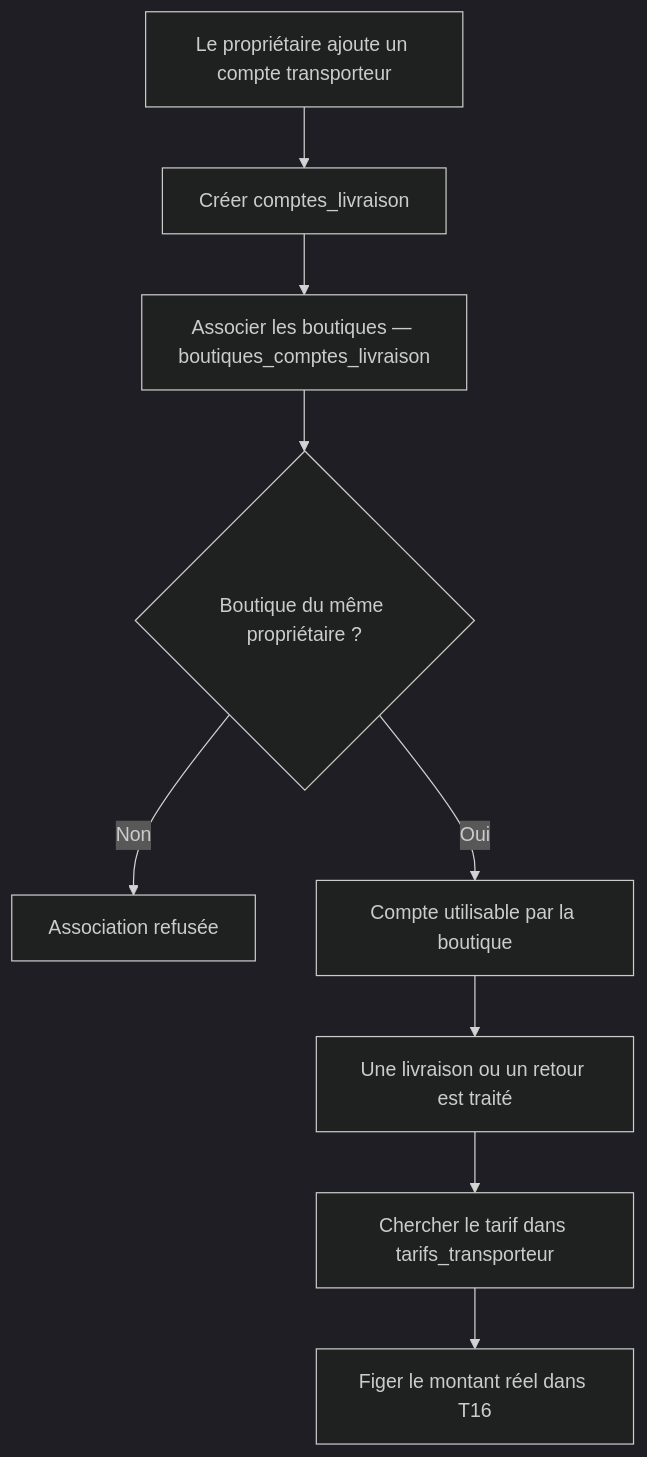
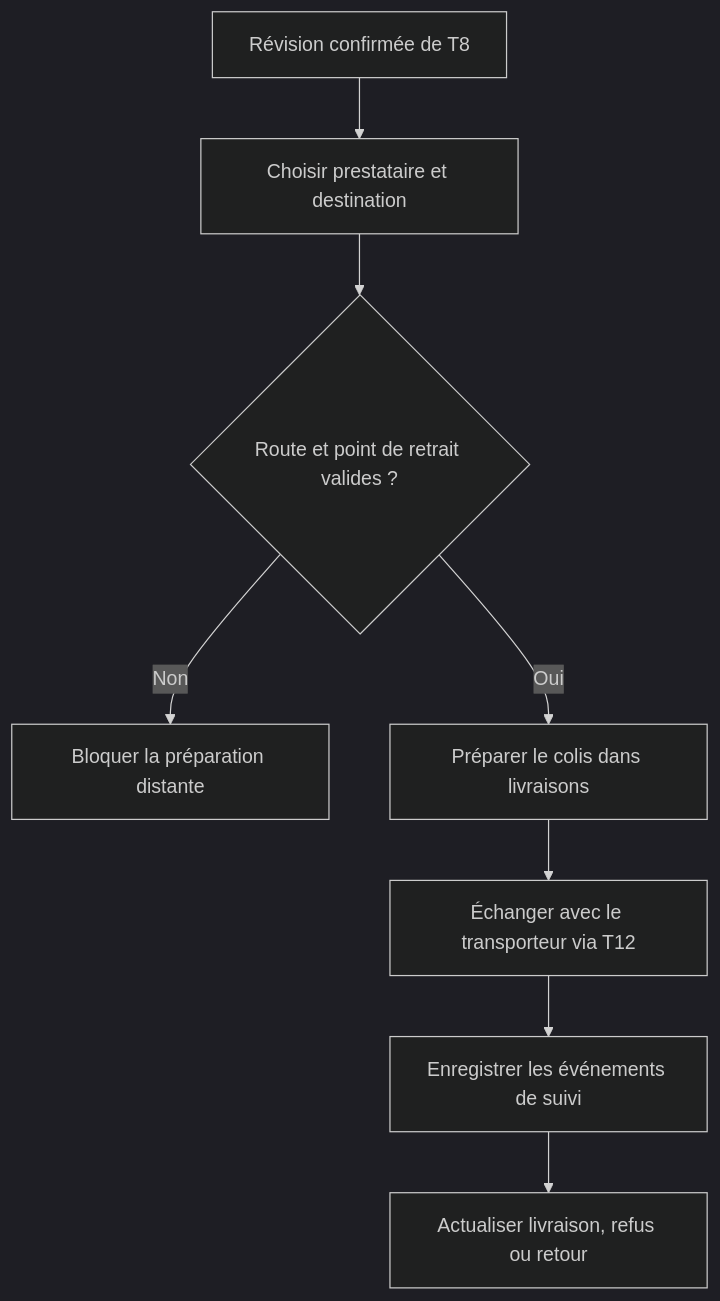
Diagram 11 of 23 in BDD-centrale-C1-C14-explication-simple.md (unitealfa/saas-ecom), drawn with Mermaid (dark theme) before and after one commit. The commit also changed other lines of this file, not shown here.

````diff
--- a/BDD-centrale-C1-C14-explication-simple.md
+++ b/BDD-centrale-C1-C14-explication-simple.md
@@ -482,11 +587,10 @@
 ```mermaid
 flowchart TD
-    A["Le propriétaire ajoute un compte transporteur"] --> B["Créer comptes_livraison"]
-    B --> C["Associer les boutiques — boutiques_comptes_livraison"]
-    C --> D{"Boutique du même propriétaire ?"}
-    D -->|Non| E["Association refusée"]
-    D -->|Oui| F["Compte utilisable par la boutique"]
-    F --> G["Une livraison ou un retour est traité"]
-    G --> H["Chercher le tarif dans tarifs_transporteur"]
-    H --> I["Figer le montant réel dans T16"]
+    A["Révision confirmée de T8"] --> B["Choisir prestataire et destination"]
+    B --> C{"Route et point de retrait valides ?"}
+    C -->|Non| D["Bloquer la préparation distante"]
+    C -->|Oui| E["Préparer le colis dans livraisons"]
+    E --> F["Échanger avec le transporteur via T12"]
+    F --> G["Enregistrer les événements de suivi"]
+    G --> H["Actualiser livraison, refus ou retour"]
 ```
````
